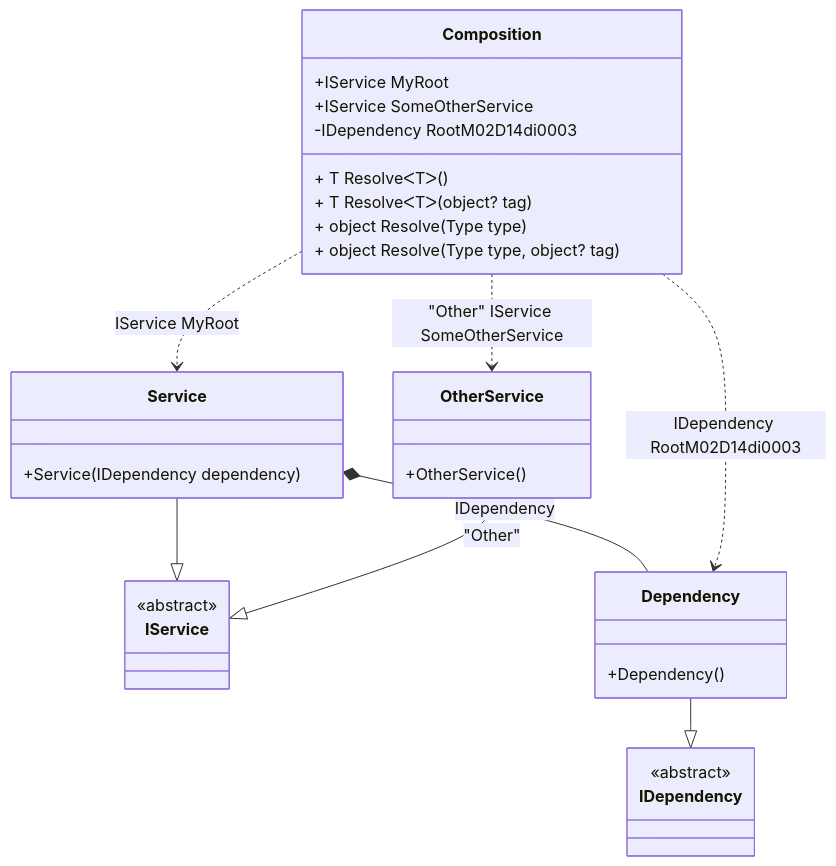
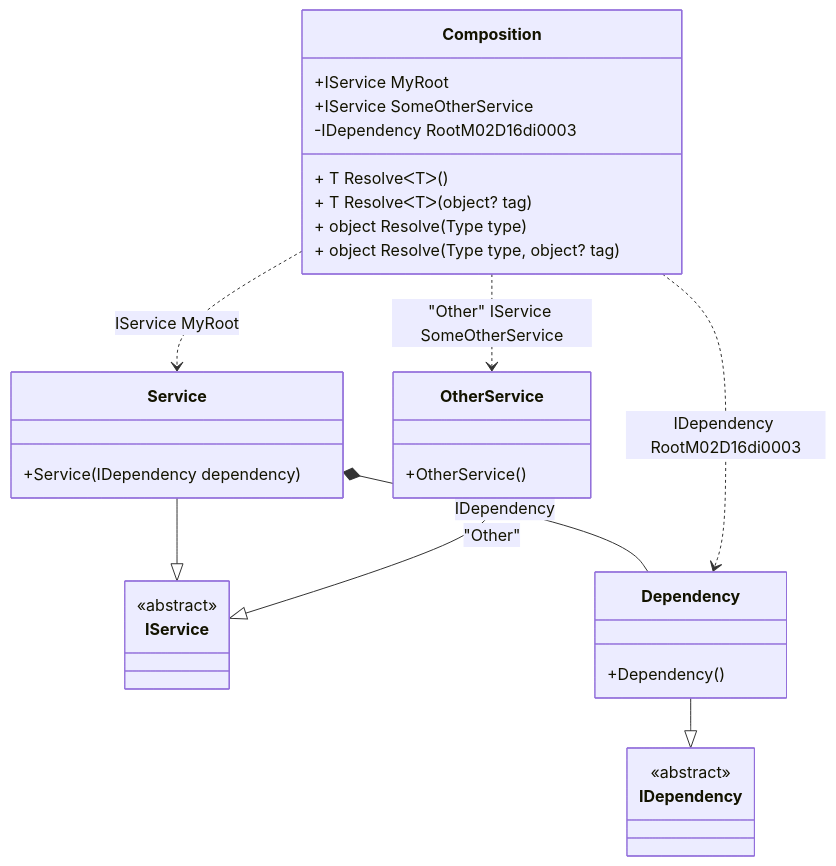
The diagram in readme/composition-roots.md (DevTeam/Pure.DI), drawn with Mermaid before and after one commit. The commit also changed other lines of this file and 78 other files, not shown here.

````diff
--- a/readme/composition-roots.md
+++ b/readme/composition-roots.md
@@ -66,34 +66,34 @@
 ```mermaid
 classDiagram
   class Composition {
     +IService MyRoot
     +IService SomeOtherService
-    -IDependency RootM02D14di0003
+    -IDependency RootM02D16di0003
     + T ResolveᐸTᐳ()
     + T ResolveᐸTᐳ(object? tag)
     + object Resolve(Type type)
     + object Resolve(Type type, object? tag)
   }
   Service --|> IService : 
   class Service {
     +Service(IDependency dependency)
   }
   OtherService --|> IService : "Other" 
   class OtherService {
     +OtherService()
   }
   Dependency --|> IDependency : 
   class Dependency {
     +Dependency()
   }
   class IService {
     <<abstract>>
   }
   class IDependency {
     <<abstract>>
   }
   Service *--  Dependency : IDependency
   Composition ..> Service : IService MyRoot
   Composition ..> OtherService : "Other" IService SomeOtherService
-  Composition ..> Dependency : IDependency RootM02D14di0003
+  Composition ..> Dependency : IDependency RootM02D16di0003
 ```
````
